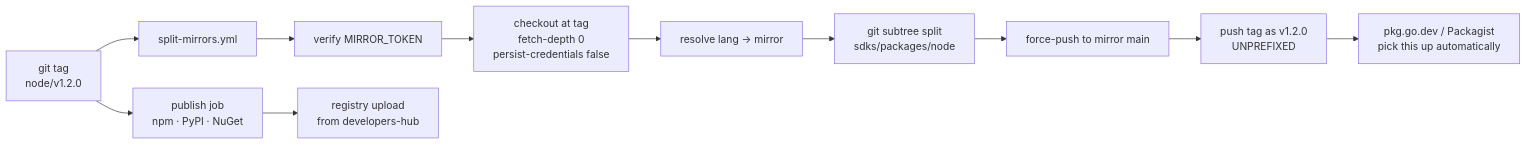
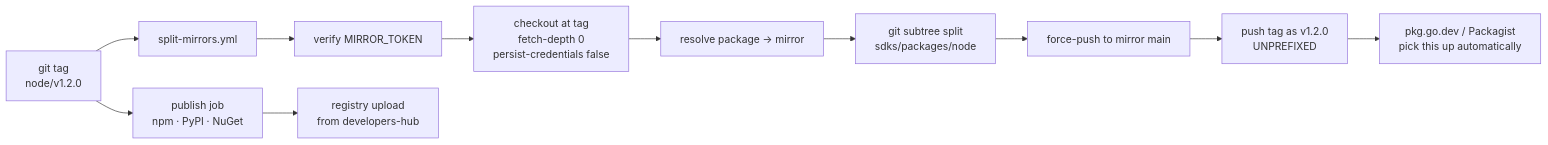
One commit to NewtTheWolf/developers-hub changed the second of 2 diagrams in sdks/pipeline.md. Above: the diagram before and after it, drawn with Mermaid. The commit also changed other lines of this file and 3 other files, not shown here.

````diff
--- a/sdks/pipeline.md
+++ b/sdks/pipeline.md
@@ -61,14 +65,14 @@
 ```mermaid
 flowchart LR
     TAG["git tag<br/>node/v1.2.0"] --> WF["split-mirrors.yml"]
     WF --> S1["verify MIRROR_TOKEN"]
     S1 --> S2["checkout at tag<br/>fetch-depth 0<br/>persist-credentials false"]
-    S2 --> S3["resolve lang → mirror"]
+    S2 --> S3["resolve package → mirror"]
     S3 --> S4["git subtree split<br/>sdks/packages/node"]
     S4 --> S5["force-push to mirror main"]
     S5 --> S6["push tag as v1.2.0<br/>UNPREFIXED"]
     S6 --> GO["pkg.go.dev / Packagist<br/>pick this up automatically"]
 
     TAG --> PUB["publish job<br/>npm · PyPI · NuGet"]
     PUB --> REG["registry upload<br/>from developers-hub"]
 ```
````
